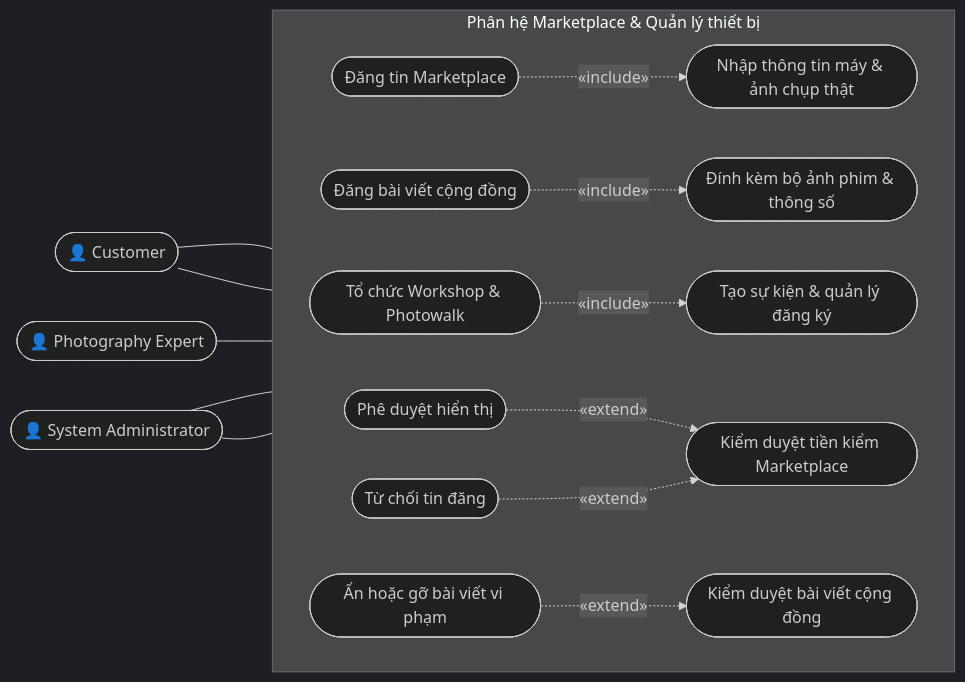
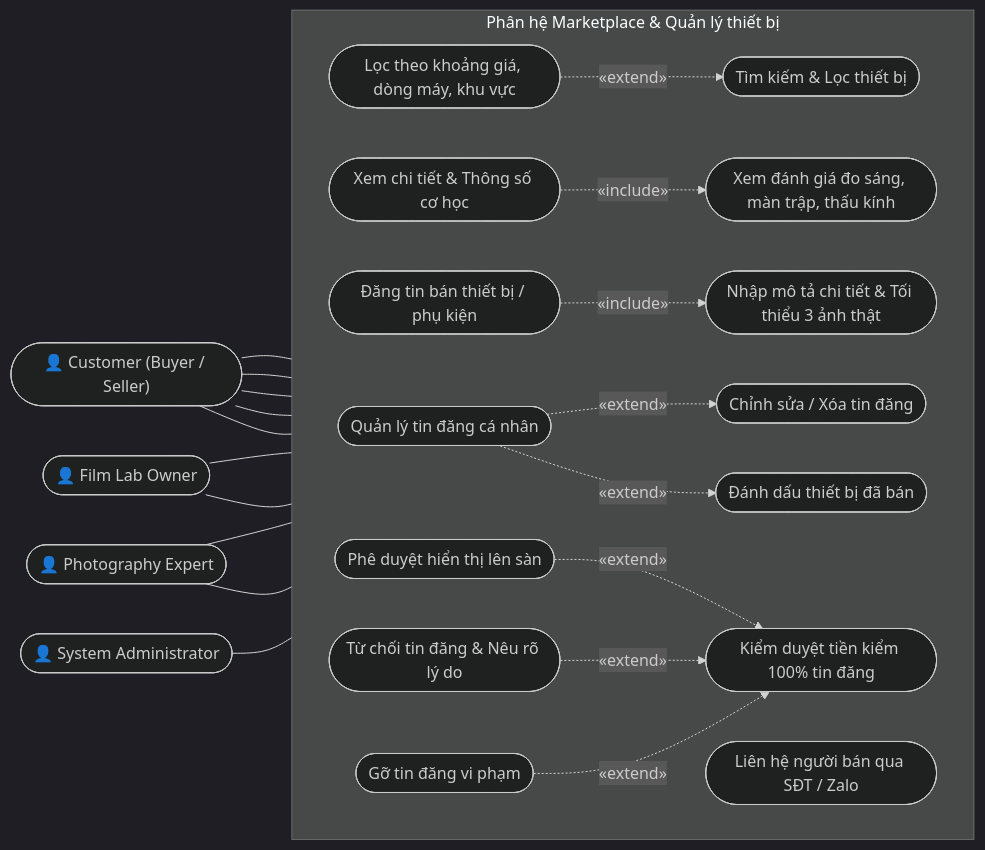
The third of 6 diagrams in doc/week 2/so-do-chuc-nang-nghiep-vu.md (huylamnhat/Photographer-enthusiastic-environment), drawn with Mermaid (dark theme) before and after one commit. The commit also changed other lines of this file and 2 other files, not shown here.

````diff
--- a/doc/week 2/so-do-chuc-nang-nghiep-vu.md
+++ b/doc/week 2/so-do-chuc-nang-nghiep-vu.md
@@ -134,35 +176,46 @@
 ```mermaid
 flowchart LR
 
-    CUS(["👤 Customer"])
+    CUS(["👤 Customer (Buyer / Seller)"])
+    LAB(["👤 Film Lab Owner"])
     EXP(["👤 Photography Expert"])
     ADM(["👤 System Administrator"])
 
     subgraph SYS["Phân hệ Marketplace & Quản lý thiết bị"]
         direction LR
-        M1(["Đăng tin Marketplace"])
-        M1a(["Nhập thông tin máy & ảnh chụp thật"])
-        M2(["Đăng bài viết cộng đồng"])
-        M2a(["Đính kèm bộ ảnh phim & thông số"])
-        M3(["Tổ chức Workshop & Photowalk"])
-        M3a(["Tạo sự kiện & quản lý đăng ký"])
+        %% Buyer
+        M1(["Tìm kiếm & Lọc thiết bị"])
+        M1a(["Lọc theo khoảng giá, dòng máy, khu vực"])
+        M2(["Xem chi tiết & Thông số cơ học"])
+        M2a(["Xem đánh giá đo sáng, màn trập, thấu kính"])
+        M3(["Liên hệ người bán qua SĐT / Zalo"])
 
-        K1(["Kiểm duyệt tiền kiểm Marketplace"])
-        K1a(["Phê duyệt hiển thị"])
-        K1b(["Từ chối tin đăng"])
-        K2(["Kiểm duyệt bài viết cộng đồng"])
-        K2a(["Ẩn hoặc gỡ bài viết vi phạm"])
+        %% Seller
+        M4(["Đăng tin bán thiết bị / phụ kiện"])
+        M4a(["Nhập mô tả chi tiết & Tối thiểu 3 ảnh thật"])
+        M5(["Quản lý tin đăng cá nhân"])
+        M5a(["Chỉnh sửa / Xóa tin đăng"])
+        M5b(["Đánh dấu thiết bị đã bán"])
+
+        %% Admin
+        K1(["Kiểm duyệt tiền kiểm 100% tin đăng"])
+        K1a(["Phê duyệt hiển thị lên sàn"])
+        K1b(["Từ chối tin đăng & Nêu rõ lý do"])
+        K1c(["Gỡ tin đăng vi phạm"])
     end
 
-    CUS --- M1 & M2
-    EXP --- M3
-    ADM --- K1 & K2
+    CUS --- M1 & M2 & M3 & M4 & M5
+    LAB --- M4 & M5
+    EXP --- M4 & M5
+    ADM --- K1
 
-    M1 -.->|«include»| M1a
+    M1a -.->|«extend»| M1
     M2 -.->|«include»| M2a
-    M3 -.->|«include»| M3a
+    M4 -.->|«include»| M4a
+    M5 -.->|«extend»| M5a
+    M5 -.->|«extend»| M5b
 
     K1a -.->|«extend»| K1
     K1b -.->|«extend»| K1
-    K2a -.->|«extend»| K2
+    K1c -.->|«extend»| K1
 ```
````
